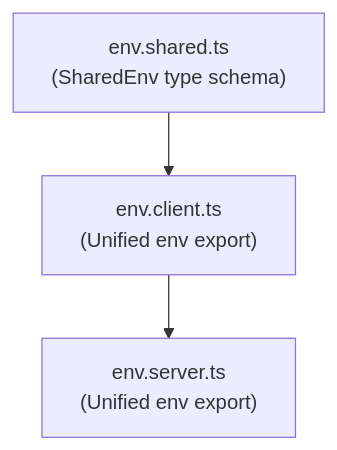
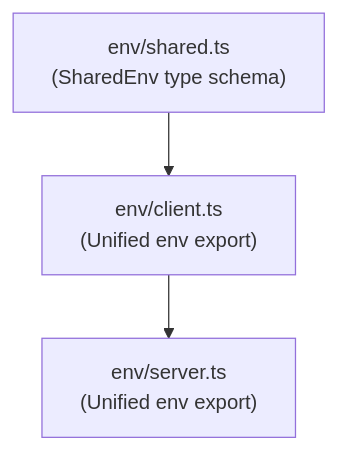
Before and after one commit to yamcodes/arkenv: the diagram in apps/www/content/docs/nextjs/index.mdx, drawn with Mermaid. The commit also changed other lines of this file and 21 other files, not shown here.

````diff
--- a/apps/www/content/docs/nextjs/index.mdx
+++ b/apps/www/content/docs/nextjs/index.mdx
@@ -16,5 +16,5 @@
 ```mermaid
 graph TD
-    Shared["env.shared.ts<br/>(SharedEnv type schema)"] --> Client["env.client.ts<br/>(Unified env export)"]
-    Client --> Server["env.server.ts<br/>(Unified env export)"]
+    Shared["env/shared.ts<br/>(SharedEnv type schema)"] --> Client["env/client.ts<br/>(Unified env export)"]
+    Client --> Server["env/server.ts<br/>(Unified env export)"]
 ```
````
